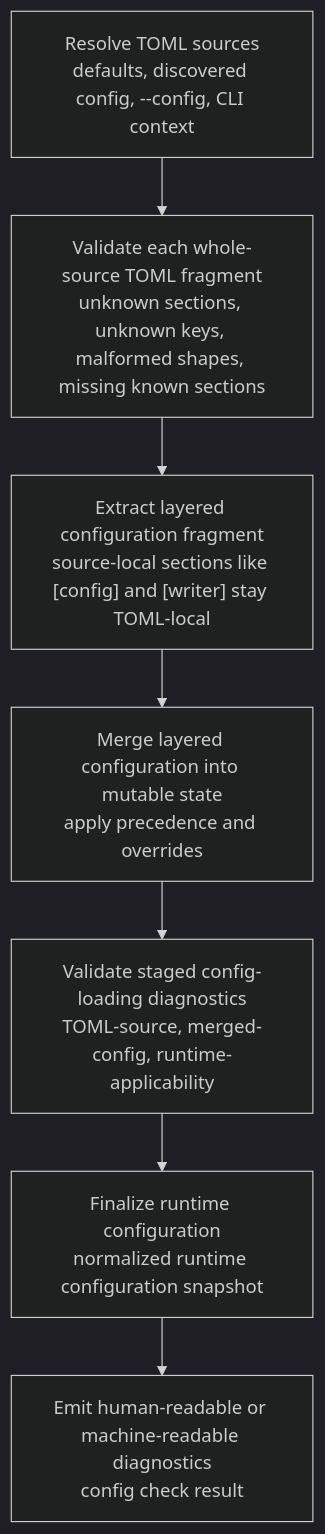
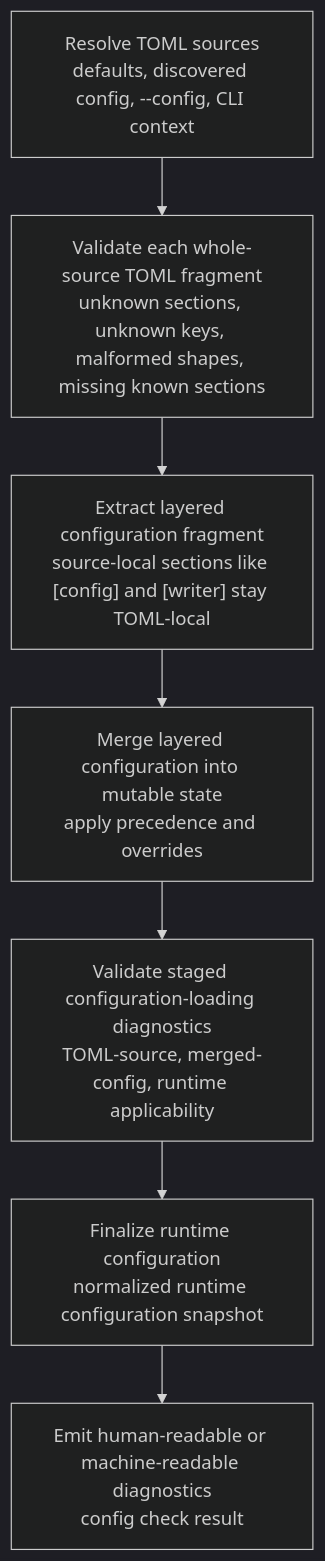
The diagram in docs/usage/commands/config/check.md (shutterfreak/topmark), drawn with Mermaid (dark theme) before and after one commit. The commit also changed other lines of this file and 10 other files, not shown here.

````diff
--- a/docs/usage/commands/config/check.md
+++ b/docs/usage/commands/config/check.md
@@ -177,12 +177,12 @@
 ```mermaid
 flowchart TD
     A["Resolve TOML sources<br/>defaults, discovered config, --config, CLI context"]
     B["Validate each whole-source TOML fragment<br/>unknown sections, unknown keys, malformed shapes, missing known sections"]
     C["Extract layered configuration fragment<br/>source-local sections like [config] and [writer] stay TOML-local"]
     D["Merge layered configuration into mutable state<br/>apply precedence and overrides"]
-    E["Validate staged config-loading diagnostics<br/>TOML-source, merged-config, runtime-applicability"]
+    E["Validate staged configuration-loading diagnostics<br/>TOML-source, merged-config, runtime applicability"]
     F["Finalize runtime configuration<br/>normalized runtime configuration snapshot"]
     G["Emit human-readable or machine-readable diagnostics<br/>config check result"]
 
     A --> B --> C --> D --> E --> F --> G
 ```
````
